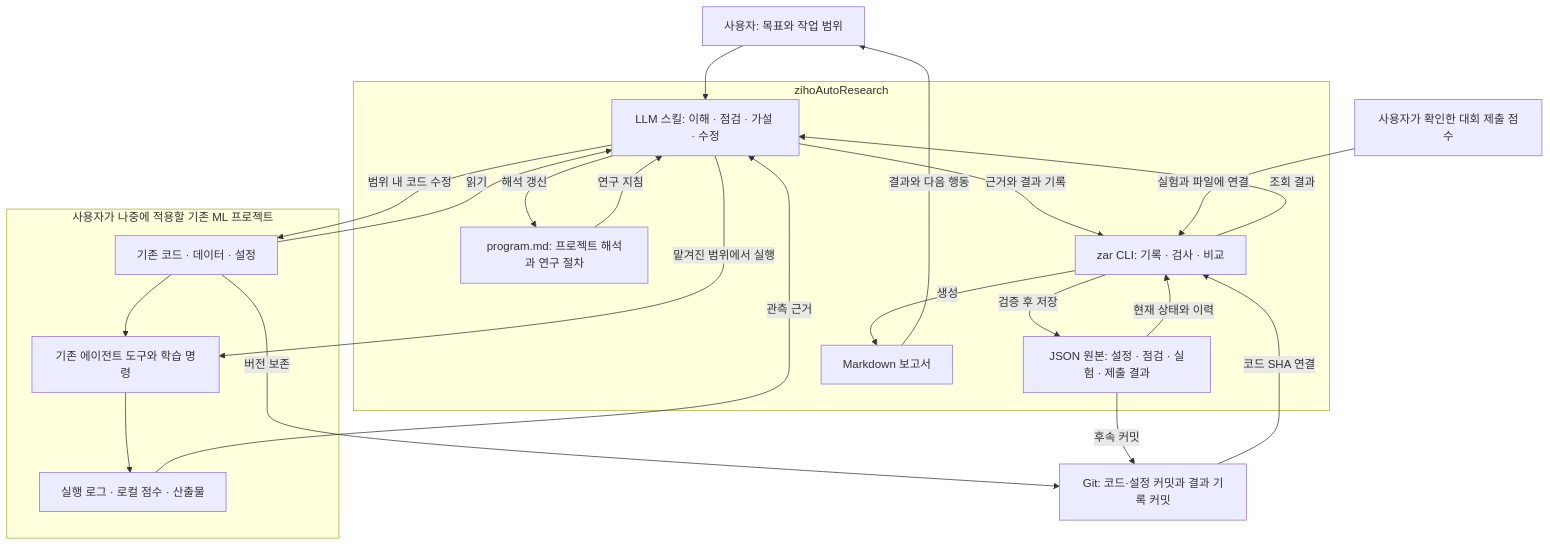
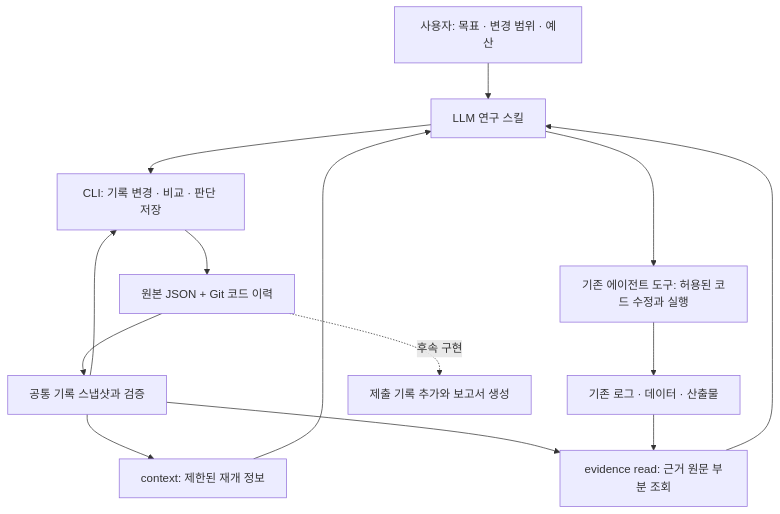
Before and after one commit to ziholee/zihoAutoResearch: the diagram in README.md, drawn with Mermaid. The commit also changed other lines of this file and 22 other files, not shown here.

Commit message:
feat: add evidence-aware research skill and pre-execution reviews

````diff
--- a/README.md
+++ b/README.md
@@ -17,37 +17,16 @@
 ```mermaid
 flowchart TD
-    U[사용자: 목표와 작업 범위] --> S
-
-    subgraph Z[zihoAutoResearch]
-        S[LLM 스킬: 이해 · 점검 · 가설 · 수정]
-        P[program.md: 프로젝트 해석과 연구 절차]
-        C[zar CLI: 기록 · 검사 · 비교]
-        J[JSON 원본: 설정 · 점검 · 실험 · 제출 결과]
-        R[Markdown 보고서]
-        P -->|연구 지침| S
-        S -->|해석 갱신| P
-        S -->|근거와 결과 기록| C
-        C -->|검증 후 저장| J
-        J -->|현재 상태와 이력| C
-        C -->|조회 결과| S
-        C -->|생성| R
-    end
-
-    subgraph E[사용자가 나중에 적용할 기존 ML 프로젝트]
-        F[기존 코드 · 데이터 · 설정]
-        X[기존 에이전트 도구와 학습 명령]
-        O[실행 로그 · 로컬 점수 · 산출물]
-        F --> X --> O
-    end
-
-    F -->|읽기| S
-    S -->|범위 내 코드 수정| F
-    S -->|맡겨진 범위에서 실행| X
-    O -->|관측 근거| S
-    G[Git: 코드·설정 커밋과 결과 기록 커밋]
-    F -->|버전 보존| G
-    J -->|후속 커밋| G
-    G -->|코드 SHA 연결| C
-    L[사용자가 확인한 대회 제출 점수] -->|실험과 파일에 연결| C
-    R -->|결과와 다음 행동| U
+    U[사용자: 목표 · 변경 범위 · 예산] --> S[LLM 연구 스킬]
+    S --> C[CLI: 기록 변경 · 비교 · 판단 저장]
+    C --> J[원본 JSON + Git 코드 이력]
+    J --> R[공통 기록 스냅샷과 검증]
+    R --> C
+    R --> Q[context: 제한된 재개 정보]
+    Q --> S
+    R --> E[evidence read: 근거 원문 부분 조회]
+    L[기존 로그 · 데이터 · 산출물] --> E
+    E --> S
+    S --> X[기존 에이전트 도구: 허용된 코드 수정과 실행]
+    X --> L
+    J -. 후속 구현 .-> P[제출 기록 추가와 보고서 생성]
 ```
````
